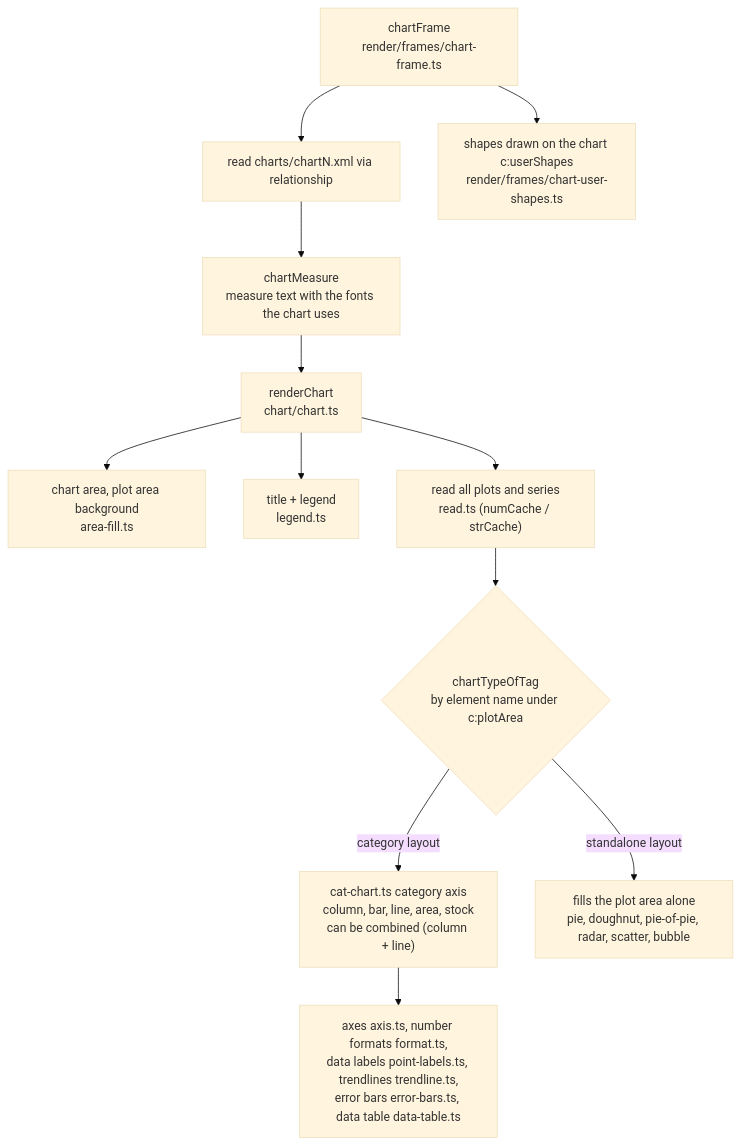
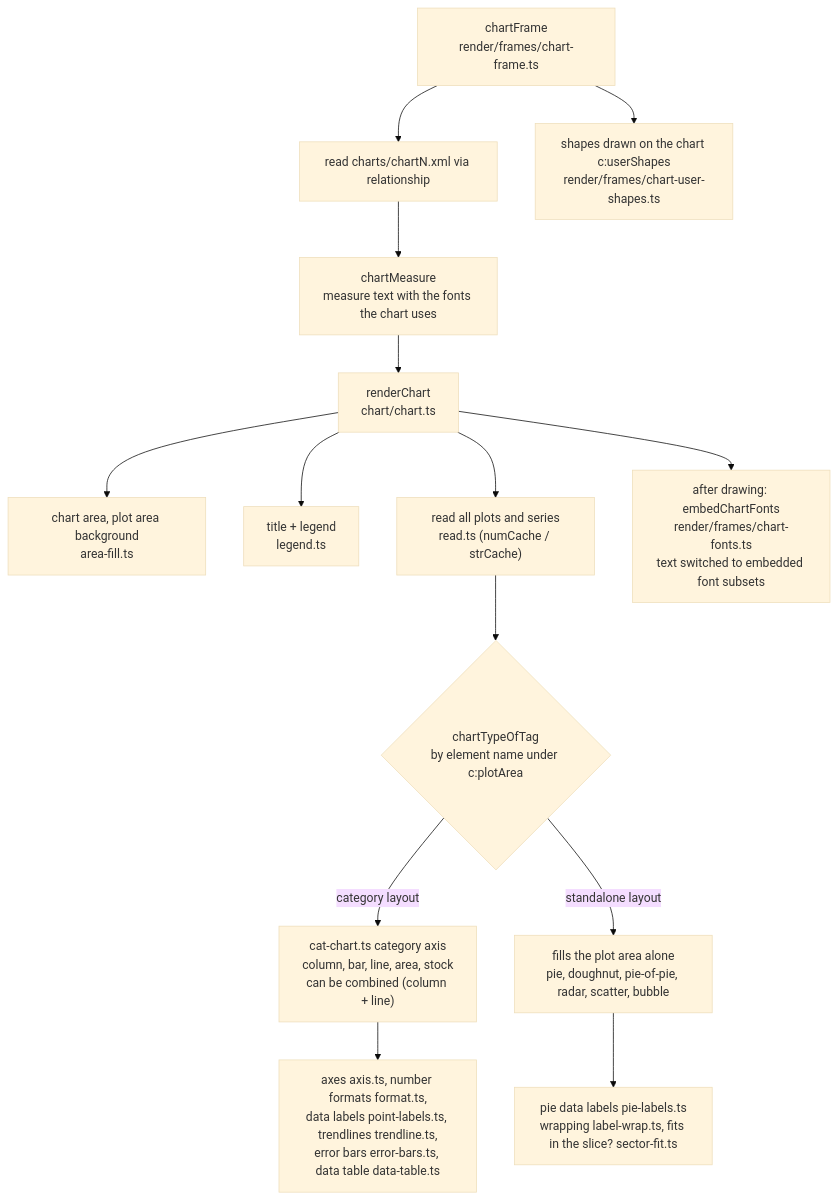
One commit to spitmaster/unppt changed diagram 14 of 22 in docs/en/transcoding.md. Above: the diagram before and after it, drawn with Mermaid (base theme). The commit also changed other lines of this file and 1 other file, not shown here.

Commit message:
docs: 转码原理对照 0.3.1 代码更新——思源字体按缺字体替代（SPEC D3 ⑩）、可变字体取 Regular / Bold 实例、符号字体子集化前换 cmap、显示字形放进原字体格子；缩进 1/20 磅和"行首起点 + 行宽 + 右缩进"取整到 1/8 磅的断行规则、水平居中 anchorCtr（含表格单元格）、项目符号的新规则、人工加粗的颜料；图表文字字体 chart-fonts.ts、饼图最佳位置标签；公式 Fallback 图片正着铺；出图按能画全文字选字体；不写 -o 时的输出位置；效果数字换成 0.3.1

````diff
--- a/docs/en/transcoding.md
+++ b/docs/en/transcoding.md
@@ -674,14 +677,16 @@
 ```mermaid
 flowchart TD
   cf["chartFrame<br/>render/frames/chart-frame.ts"] --> rel["read charts/chartN.xml via relationship"]
   rel --> m["chartMeasure<br/>measure text with the fonts the chart uses"]
   m --> rc["renderChart<br/>chart/chart.ts"]
   rc --> ar["chart area, plot area background<br/>area-fill.ts"]
   rc --> ttl["title + legend<br/>legend.ts"]
   rc --> rd["read all plots and series<br/>read.ts (numCache / strCache)"]
   rd --> type{"chartTypeOfTag<br/>by element name under c:plotArea"}
   type -->|"category layout"| cat["cat-chart.ts category axis<br/>column, bar, line, area, stock<br/>can be combined (column + line)"]
   type -->|"standalone layout"| sa["fills the plot area alone<br/>pie, doughnut, pie-of-pie, radar, scatter, bubble"]
   cat --> extras["axes axis.ts, number formats format.ts,<br/>data labels point-labels.ts, trendlines trendline.ts,<br/>error bars error-bars.ts, data table data-table.ts"]
+  sa --> pl["pie data labels pie-labels.ts<br/>wrapping label-wrap.ts, fits in the slice? sector-fit.ts"]
   cf --> us["shapes drawn on the chart c:userShapes<br/>render/frames/chart-user-shapes.ts"]
+  rc --> fnt["after drawing: embedChartFonts<br/>render/frames/chart-fonts.ts<br/>text switched to embedded font subsets"]
 ```
````
